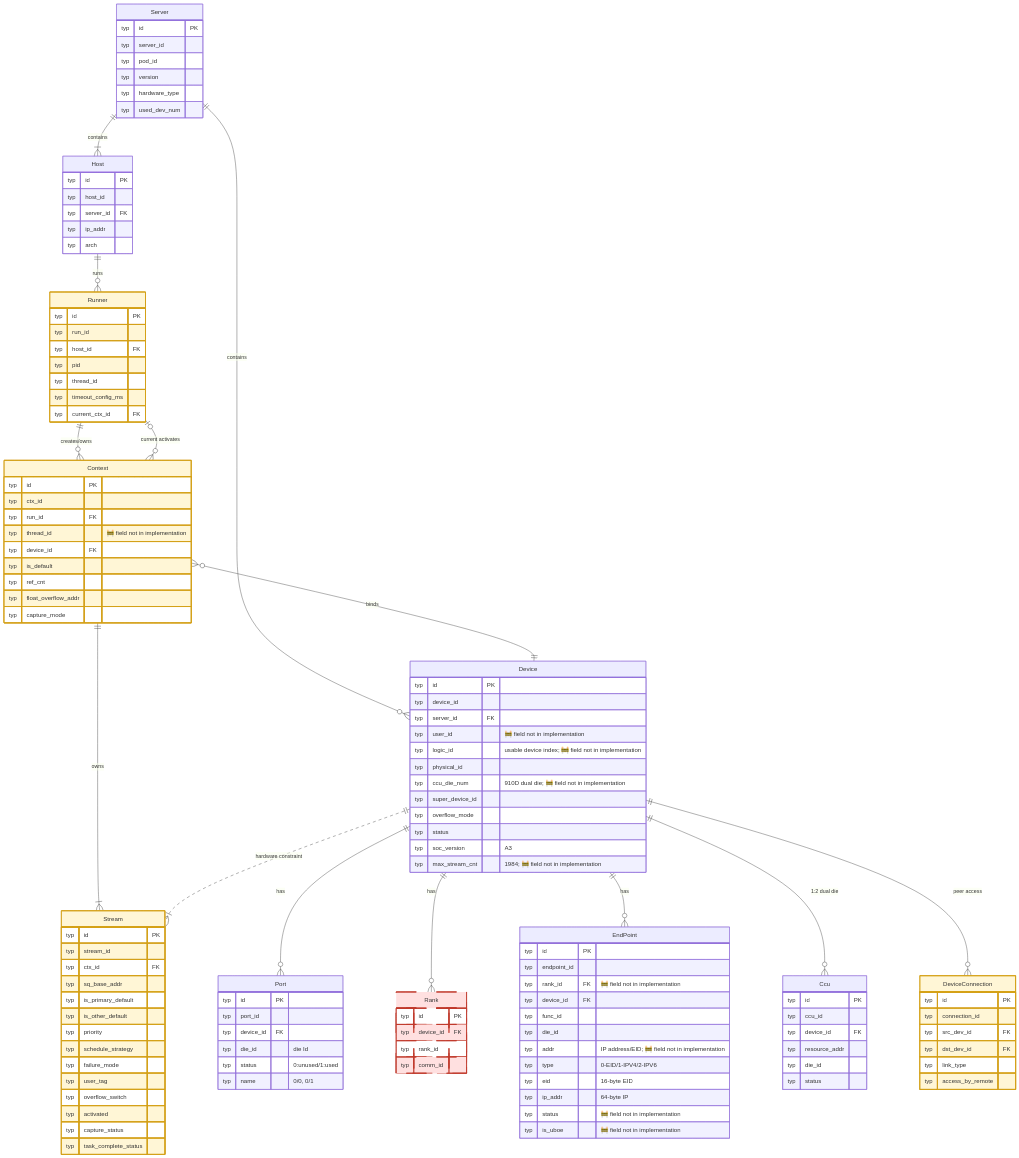
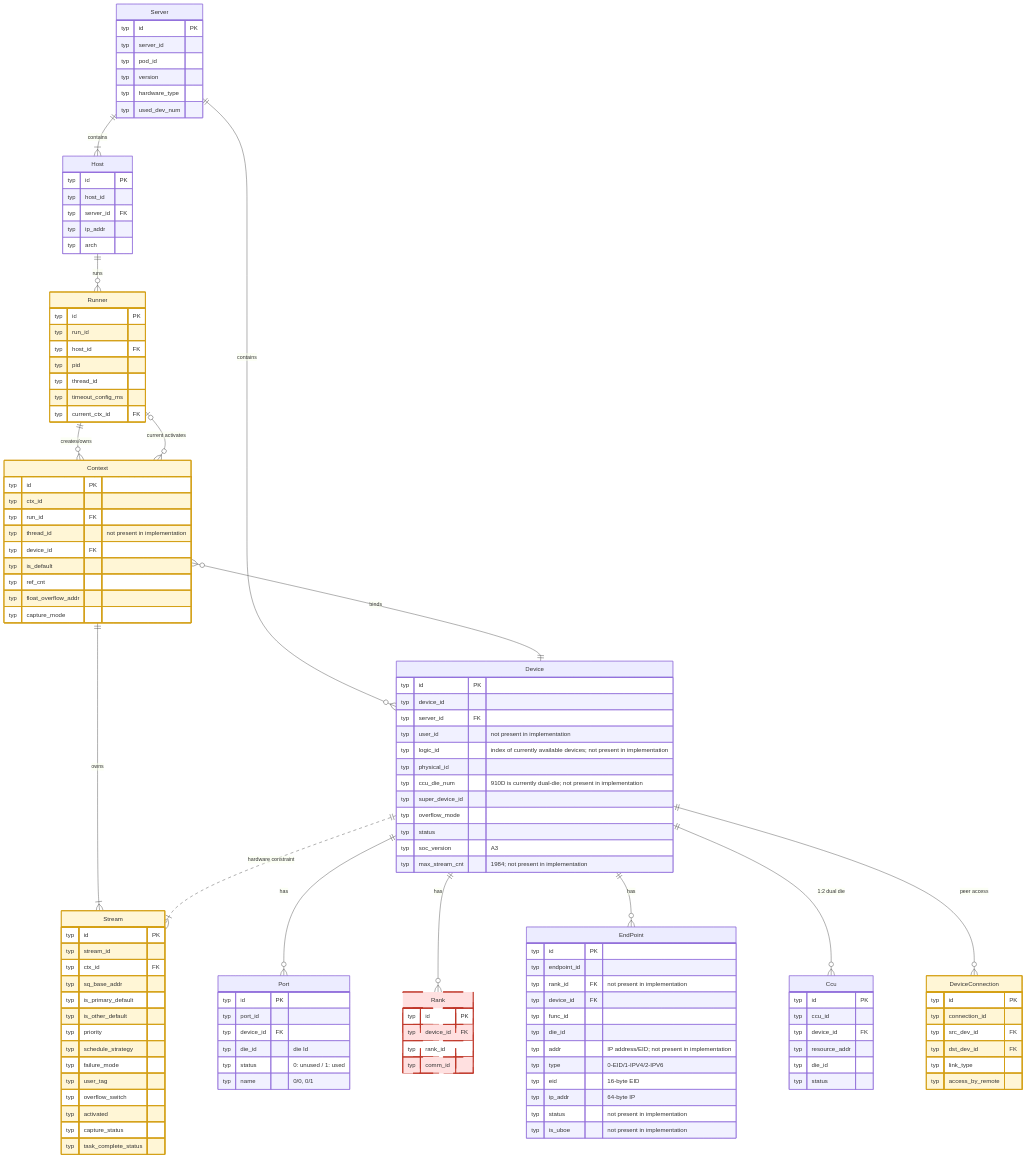
The third of 19 diagrams in test/hccl_vm/docs/simulator_runner_data_model_en.md (Atlas-Ascend-Fork/hcomm), drawn with Mermaid before and after one commit. The commit also changed other lines of this file and 171 other files, not shown here.

````diff
--- a/test/hccl_vm/docs/simulator_runner_data_model_en.md
+++ b/test/hccl_vm/docs/simulator_runner_data_model_en.md
@@ -178,8 +178,8 @@
 ```mermaid
 erDiagram
     %% ==========================================
-    %% Layer 1: Physical Topology Layer (Server -> Host/Device)
-    %% 🧠 Process-private candidates: Context / Stream / DeviceConnection (only src/proxy accesses; cmd only dumps)
+    %% Layer 1: Physical topology layer (Server -> Host/Device)
+    %% Process-private candidates: Context / Stream / DeviceConnection (accessed only by src/proxy; cmd only dumps)
     %% ==========================================
     Server {
         typ id PK
@@ -200,22 +200,22 @@
         typ id PK
         typ device_id
         typ server_id FK
-        typ user_id "🚧 field not in implementation"
-        typ logic_id "usable device index; 🚧 field not in implementation"
+        typ user_id "not present in implementation"
+        typ logic_id "index of currently available devices; not present in implementation"
         typ physical_id
-        typ ccu_die_num "910D dual die; 🚧 field not in implementation"
+        typ ccu_die_num "910D is currently dual-die; not present in implementation"
         typ super_device_id
         typ overflow_mode
         typ status
         typ soc_version "A3"
-        typ max_stream_cnt "1984; 🚧 field not in implementation"
+        typ max_stream_cnt "1984; not present in implementation"
     }
-    %% Implementation has no ccu_die_num (die count see §3.2); max_stream_cnt is a capability value (aclrt_stream_stub.cc:287)
+    %% Implementation does not have ccu_die_num (die count is in section 3.2); max_stream_cnt is a capability value (aclrt_stream_stub.cc:287)
     Server ||--|{ Host : contains
     Server ||--o{ Device : contains
 
     %% ==========================================
-    %% Layer 2: Process and Context Layer (Runner -> Context -> Stream)
+    %% Layer 2: Process and context layer (Runner -> Context -> Stream)
     %% ==========================================
     Runner {
         typ id PK
@@ -230,14 +230,14 @@
         typ id PK
         typ ctx_id
         typ run_id FK
-        typ thread_id "🚧 field not in implementation"
+        typ thread_id "not present in implementation"
         typ device_id FK
         typ is_default
         typ ref_cnt
         typ float_overflow_addr
         typ capture_mode
     }
-    %% Context implementation has no thread_id (thread field is Runner.thread_id); ref_cnt is the implementation's reference count
+    %% Context implementation does not have thread_id (the thread field is Runner.thread_id); ref_cnt is the implementation's reference count
     Stream {
         typ id PK
         typ stream_id
@@ -262,14 +262,14 @@
     Device ||..|{ Stream : "hardware constraint"
 
     %% ==========================================
-    %% Layer 3: Device Internal Resource Layer (Port/EndPoint/Ccu)
+    %% Layer 3: Device internal resource layer (Port/EndPoint/Ccu)
     %% ==========================================
     Port {
         typ id PK
         typ port_id
         typ device_id FK
         typ die_id "die Id"
-        typ status "0:unused/1:used"
+        typ status "0: unused / 1: used"
         typ name "0/0, 0/1"
     }
     Rank {
@@ -281,16 +281,16 @@
     EndPoint {
         typ id PK
         typ endpoint_id
-        typ rank_id FK "🚧 field not in implementation"
+        typ rank_id FK "not present in implementation"
         typ device_id FK
         typ func_id
         typ die_id
-        typ addr "IP address/EID; 🚧 field not in implementation"
+        typ addr "IP address/EID; not present in implementation"
         typ type "0-EID/1-IPV4/2-IPV6"
         typ eid "16-byte EID"
         typ ip_addr "64-byte IP"
-        typ status "🚧 field not in implementation"
-        typ is_uboe "🚧 field not in implementation"
+        typ status "not present in implementation"
+        typ is_uboe "not present in implementation"
     }
     Ccu {
         typ id PK
@@ -314,7 +314,7 @@
     Device ||--o{ Ccu : "1:2 dual die"
     Device ||--o{ DeviceConnection : "peer access"
 
-    %% Legend: 🟥 unimplemented (no entity with same name in repo) 🟨 in-process/dump access only  No color = has cross-process consumer
+    %% Legend: red not implemented (no same-name entity in the whole repo); yellow inproc only (this process / dump access only); uncolored entities have cross-process consumers
     classDef unimplemented fill:#ffe0e0,stroke:#c0392b,stroke-width:2px,stroke-dasharray:5 3
     classDef inproc fill:#fff6d6,stroke:#d4a017,stroke-width:2px
     class Rank unimplemented
````
